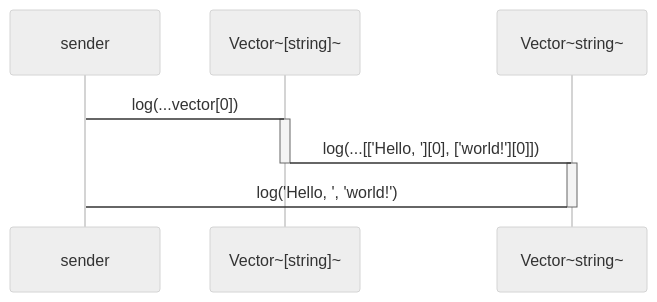
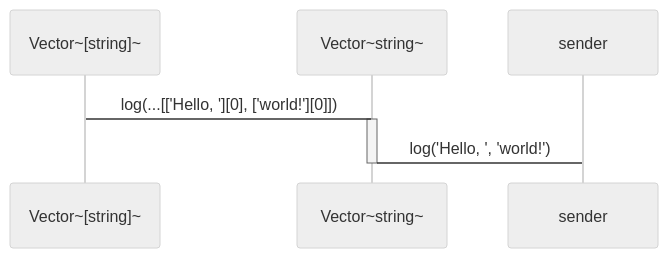
The fourth of 5 diagrams in README.md (domrally/peekeasy), drawn with Mermaid (neutral theme) before and after one commit. The commit also changed other lines of this file, not shown here.

````diff
--- a/README.md
+++ b/README.md
@@ -123,10 +121,7 @@
 ```mermaid
 sequenceDiagram
-    sender->Vector~[string]~: log(...vector[0])
-    activate Vector~[string]~
     Vector~[string]~->Vector~string~: log(...[['Hello, '][0], ['world!'][0]])
-    deactivate Vector~[string]~
     activate Vector~string~
     Vector~string~->sender: log('Hello, ', 'world!')
     deactivate Vector~string~
 ```
````
